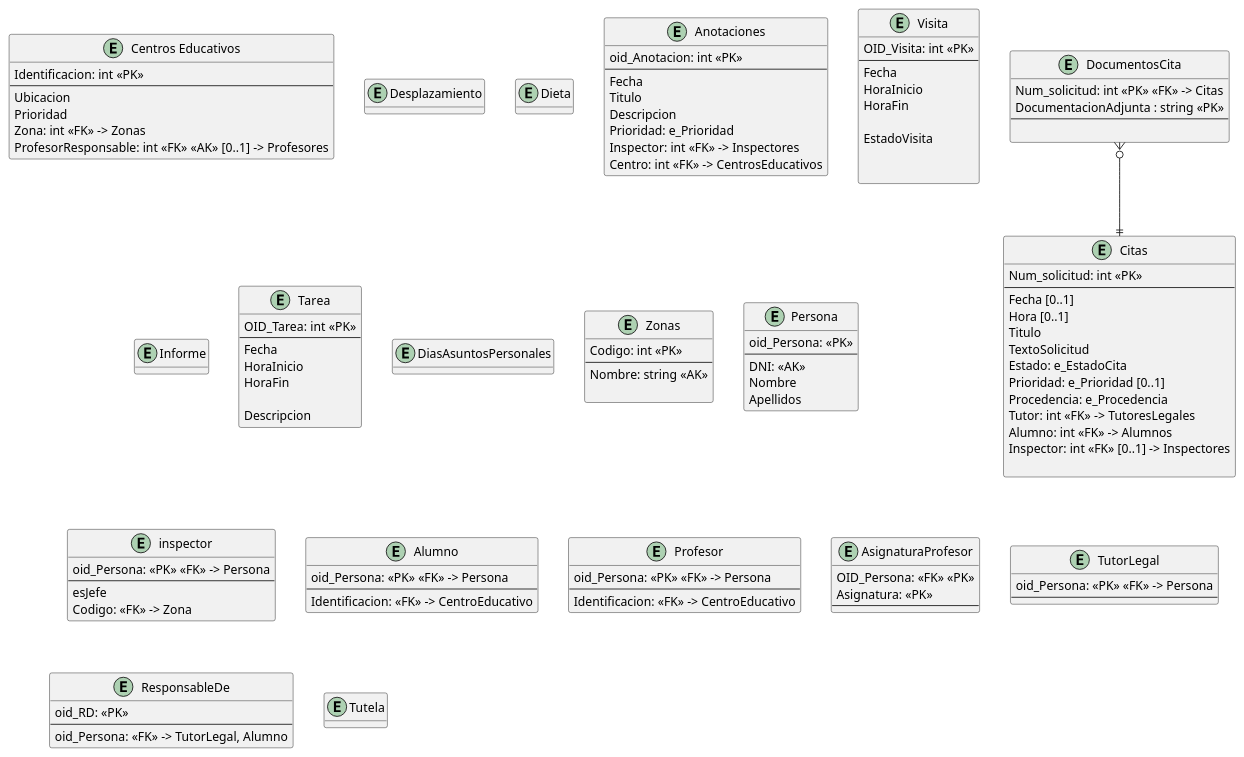
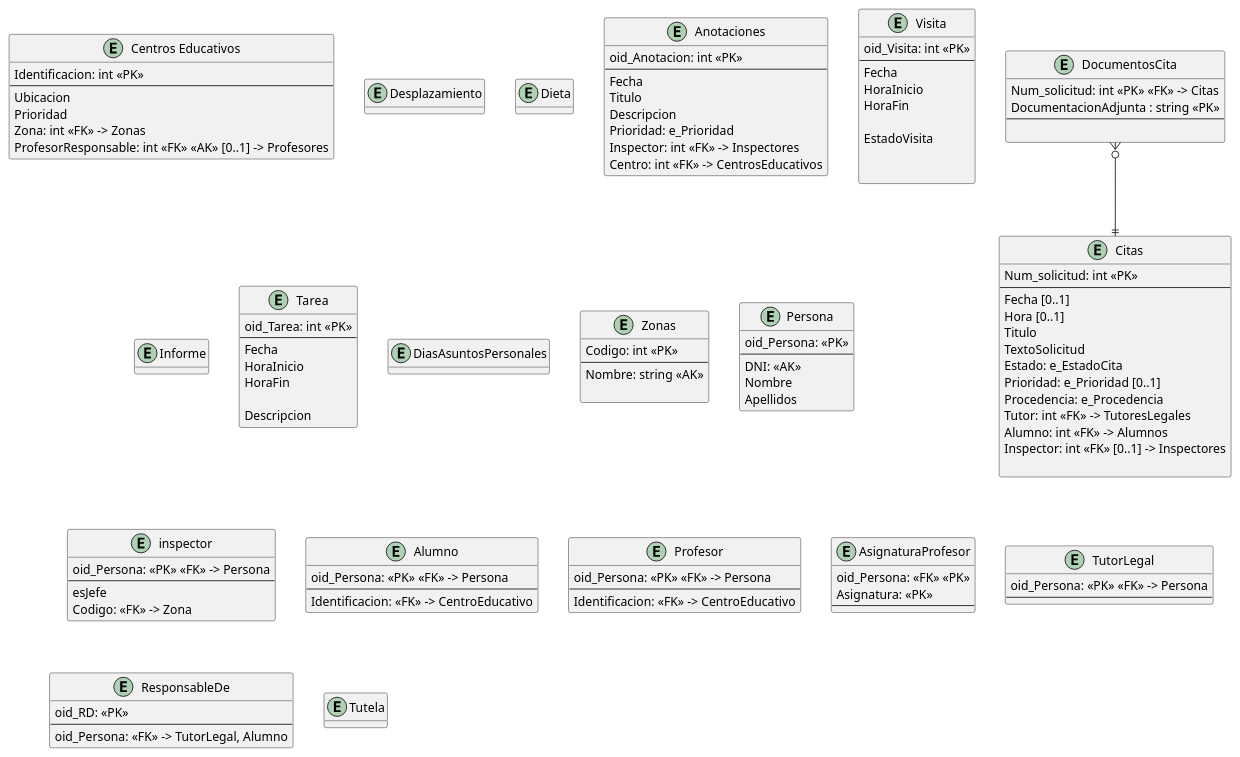
One commit to javiporti/ProyectoBD_Inspeccion_Educativa changed the diagram in modelado/modelado_relacional.puml. Above: the diagram before and after it, drawn with PlantUML.

Commit message:
He modificado OID a oid en algunas de vuestras entidades que faltaban

```diff
--- a/modelado/modelado_relacional.puml
+++ b/modelado/modelado_relacional.puml
@@ -1,145 +1,145 @@
 @startuml modelado_conceptual
 hide methods
 skinparam ClassAttributeIconSize 0
 
 
 entity "Centros Educativos" as CentrosEducativos {
     Identificacion: int <<PK>>
     --
     Ubicacion
     Prioridad
     Zona: int <<FK>> -> Zonas
     ProfesorResponsable: int <<FK>> <<AK>> [0..1] -> Profesores
 }
 
 entity Desplazamiento {
 
 }
 
 entity Dieta {
 
 }
 
 entity DocumentosCita {
     Num_solicitud: int <<PK>> <<FK>> -> Citas
     DocumentacionAdjunta : string <<PK>>
     --
      
 }
 entity Citas {
     Num_solicitud: int <<PK>> 
     --
     Fecha [0..1]
     Hora [0..1]
     Titulo
     TextoSolicitud
     Estado: e_EstadoCita
     Prioridad: e_Prioridad [0..1]
     Procedencia: e_Procedencia
     Tutor: int <<FK>> -> TutoresLegales
     Alumno: int <<FK>> -> Alumnos
     Inspector: int <<FK>> [0..1] -> Inspectores
 
 }
 
 entity Anotaciones {
     oid_Anotacion: int <<PK>>
     --
     Fecha
     Titulo
     Descripcion
     Prioridad: e_Prioridad
     Inspector: int <<FK>> -> Inspectores
     Centro: int <<FK>> -> CentrosEducativos
 }
 
 
 
 entity Visita {
-    OID_Visita: int <<PK>>
+    oid_Visita: int <<PK>>
     --
     Fecha
     HoraInicio
     HoraFin
 
     EstadoVisita
 
 
 }
 
 entity Informe {
 
 }
 
 entity Tarea {
-    OID_Tarea: int <<PK>>
+    oid_Tarea: int <<PK>>
     --
     Fecha
     HoraInicio
     HoraFin
 
     Descripcion
 }
 
 entity DiasAsuntosPersonales {
 
 }
 
 entity Zonas {
     Codigo: int <<PK>>
     --
     Nombre: string <<AK>>
     
 }
 
 entity Persona {
     oid_Persona: <<PK>>
     --
     DNI: <<AK>>
     Nombre
     Apellidos
 }
 
 entity inspector {
     oid_Persona: <<PK>> <<FK>> -> Persona
     --
     esJefe
     Codigo: <<FK>> -> Zona
 }
 
 entity Alumno {
     oid_Persona: <<PK>> <<FK>> -> Persona
     --
     Identificacion: <<FK>> -> CentroEducativo
 }
 
 entity Profesor {
     oid_Persona: <<PK>> <<FK>> -> Persona
     --
     Identificacion: <<FK>> -> CentroEducativo
 }
 
 entity AsignaturaProfesor {
-    OID_Persona: <<FK>> <<PK>>
+    oid_Persona: <<FK>> <<PK>>
     Asignatura: <<PK>>
     --
 }
 
 entity TutorLegal {
     oid_Persona: <<PK>> <<FK>> -> Persona
     --
 }
 
 entity ResponsableDe {
     oid_RD: <<PK>>
     --
     oid_Persona: <<FK>> -> TutorLegal, Alumno
 }
 
 entity Tutela {
 
 }
 
 '------- ASOCIACIONES --------------------------------------
 DocumentosCita }o--|| Citas
 @enduml
```
